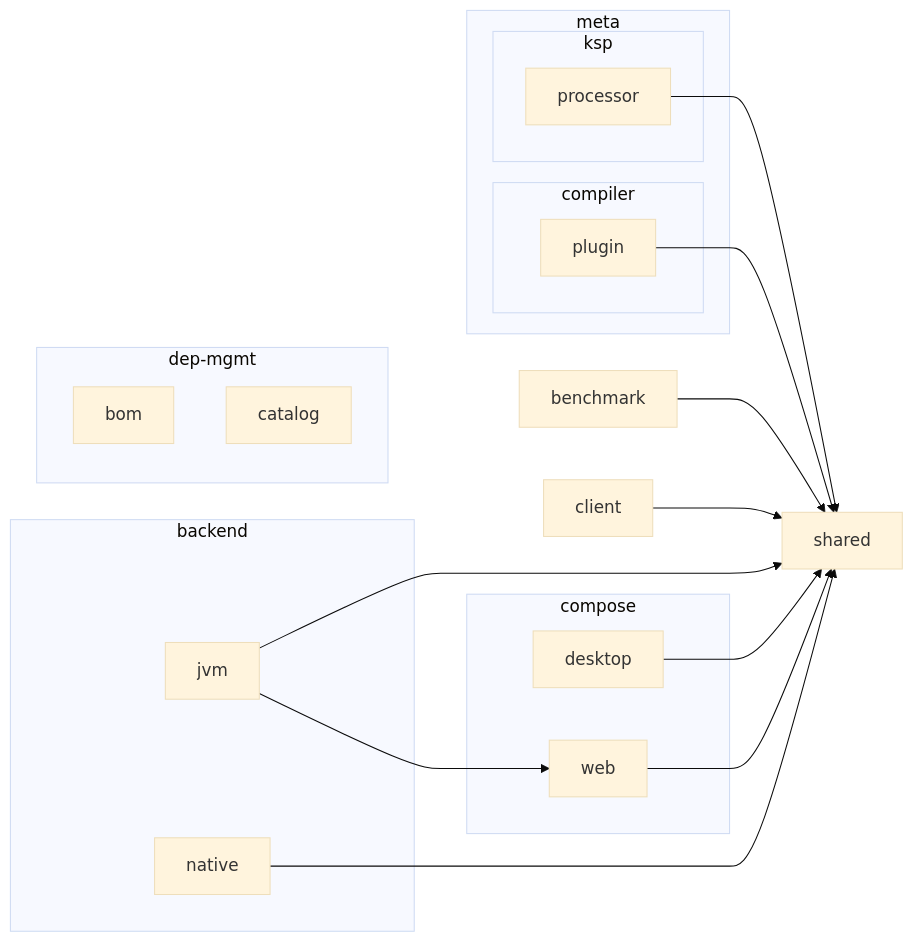
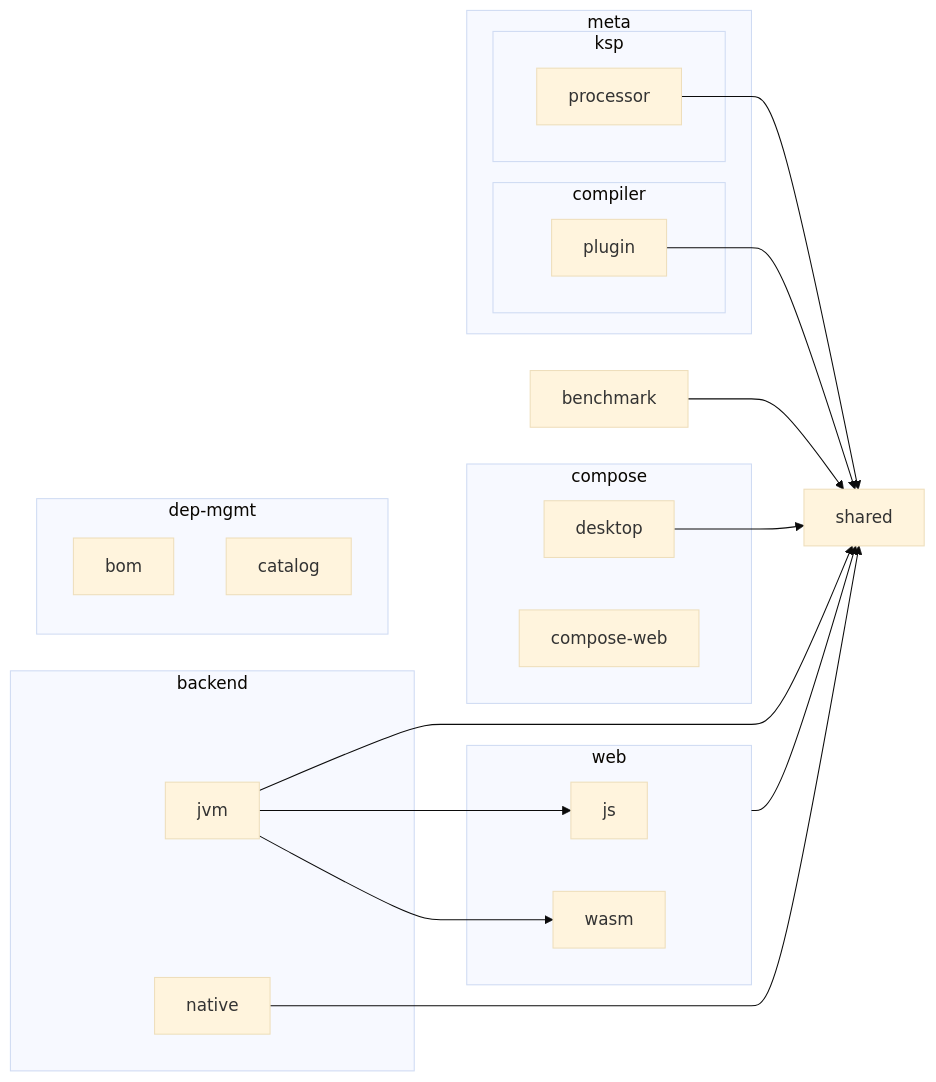
Before and after one commit to sureshg/kotlin-mpp-playground: the diagram in README.md, drawn with Mermaid. The commit also changed other lines of this file and 4 other files, not shown here.

````diff
--- a/README.md
+++ b/README.md
@@ -159,41 +159,45 @@
 ```mermaid
 %%{
   init: {
     'theme': 'base'
   }
 }%%
 graph LR
     subgraph backend
         jvm
         native
     end
+    subgraph web
+        js
+        wasm
+    end
     subgraph compose
         desktop
-        web
+        compose-web
     end
     subgraph dep-mgmt
         bom
         catalog
     end
     subgraph meta
         compiler
         ksp
     end
     subgraph compiler
         compiler
         plugin
     end
     subgraph ksp
         ksp
         processor
     end
     plugin --> shared
-    benchmark --> shared
     web --> shared
     desktop --> shared
-    client --> shared
     native --> shared
     processor --> shared
     jvm --> shared
-    jvm --> web
+    jvm --> js
+    jvm --> wasm
+    benchmark --> shared
 ```
````
